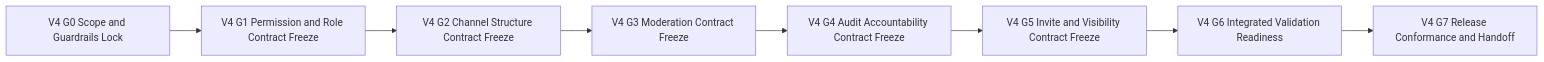
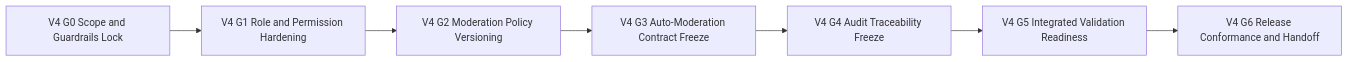
One commit to kylhuk/xorein changed the diagram in TODO_v04.md. Above: the diagram before and after it, drawn with Mermaid. The commit also changed other lines of this file and 11 other files, not shown here.

````diff
--- a/TODO_v04.md
+++ b/TODO_v04.md
@@ -137,13 +108,12 @@
 ```mermaid
 graph LR
   G0[V4 G0 Scope and Guardrails Lock]
-  G1[V4 G1 Permission and Role Contract Freeze]
-  G2[V4 G2 Channel Structure Contract Freeze]
-  G3[V4 G3 Moderation Contract Freeze]
-  G4[V4 G4 Audit Accountability Contract Freeze]
-  G5[V4 G5 Invite and Visibility Contract Freeze]
-  G6[V4 G6 Integrated Validation Readiness]
-  G7[V4 G7 Release Conformance and Handoff]
+  G1[V4 G1 Role and Permission Hardening]
+  G2[V4 G2 Moderation Policy Versioning]
+  G3[V4 G3 Auto-Moderation Contract Freeze]
+  G4[V4 G4 Audit Traceability Freeze]
+  G5[V4 G5 Integrated Validation Readiness]
+  G6[V4 G6 Release Conformance and Handoff]
 
-  G0 --> G1 --> G2 --> G3 --> G4 --> G5 --> G6 --> G7
+  G0 --> G1 --> G2 --> G3 --> G4 --> G5 --> G6
 ```
````
